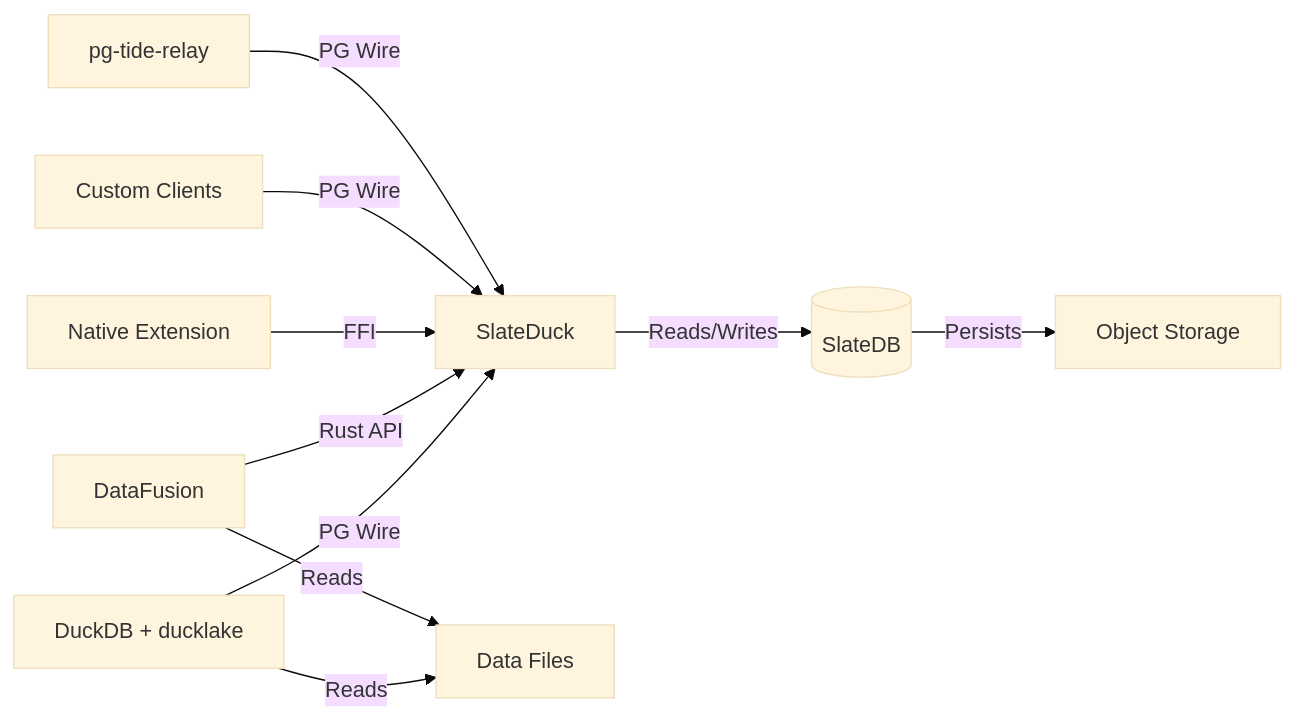
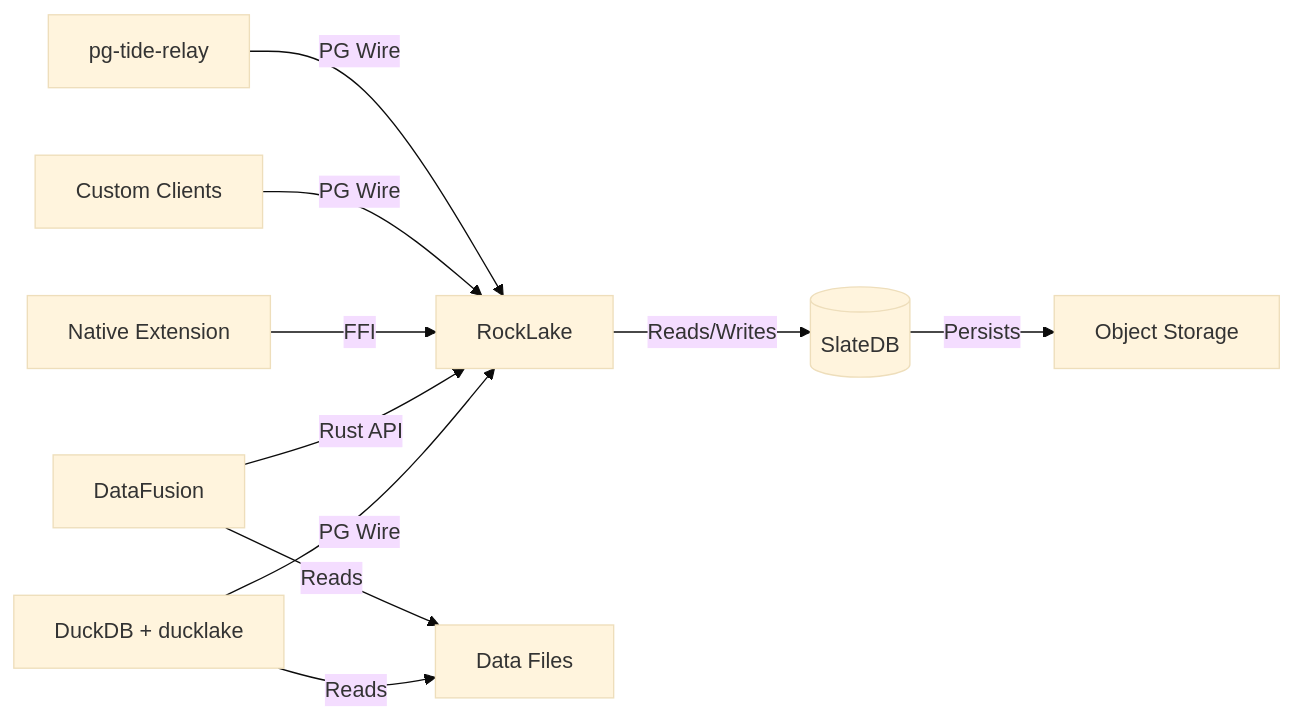
Before and after one commit to trickle-labs/rocklake: the first of 2 diagrams in docs/integration/index.md, drawn with Mermaid (base theme). The commit also changed other lines of this file and 398 other files, not shown here.

First line of the commit message:
rename: SlateDuck -> RockLake across entire codebase (#48)

````diff
--- a/docs/integration/index.md
+++ b/docs/integration/index.md
@@ -9,14 +9,14 @@
 ```mermaid
 graph LR
-    DuckDB[DuckDB + ducklake] -->|PG Wire| SD[SlateDuck]
+    DuckDB[DuckDB + ducklake] -->|PG Wire| SD[RockLake]
     DF[DataFusion] -->|Rust API| SD
     Ext[Native Extension] -->|FFI| SD
     Custom[Custom Clients] -->|PG Wire| SD
     Relay[pg-tide-relay] -->|PG Wire| SD
     
     SD -->|Reads/Writes| SlateDB[(SlateDB)]
     SlateDB -->|Persists| S3[Object Storage]
     
     DuckDB -->|Reads| Parquet[Data Files]
     DF -->|Reads| Parquet
 ```
````
